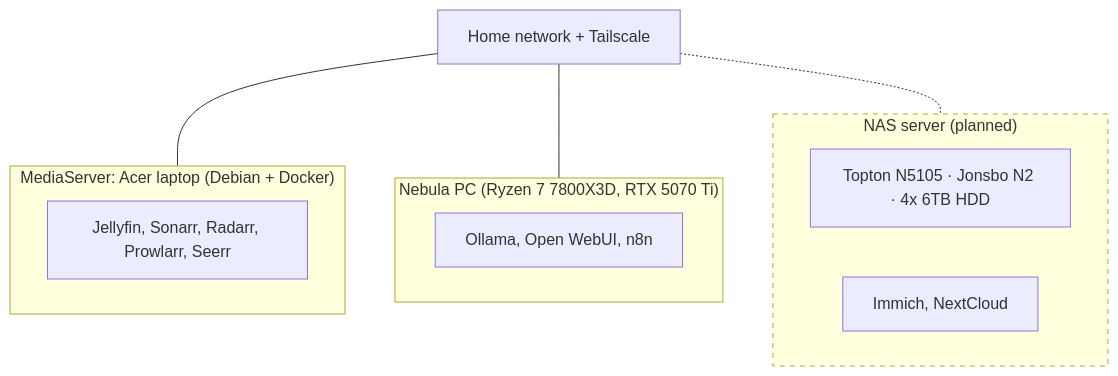
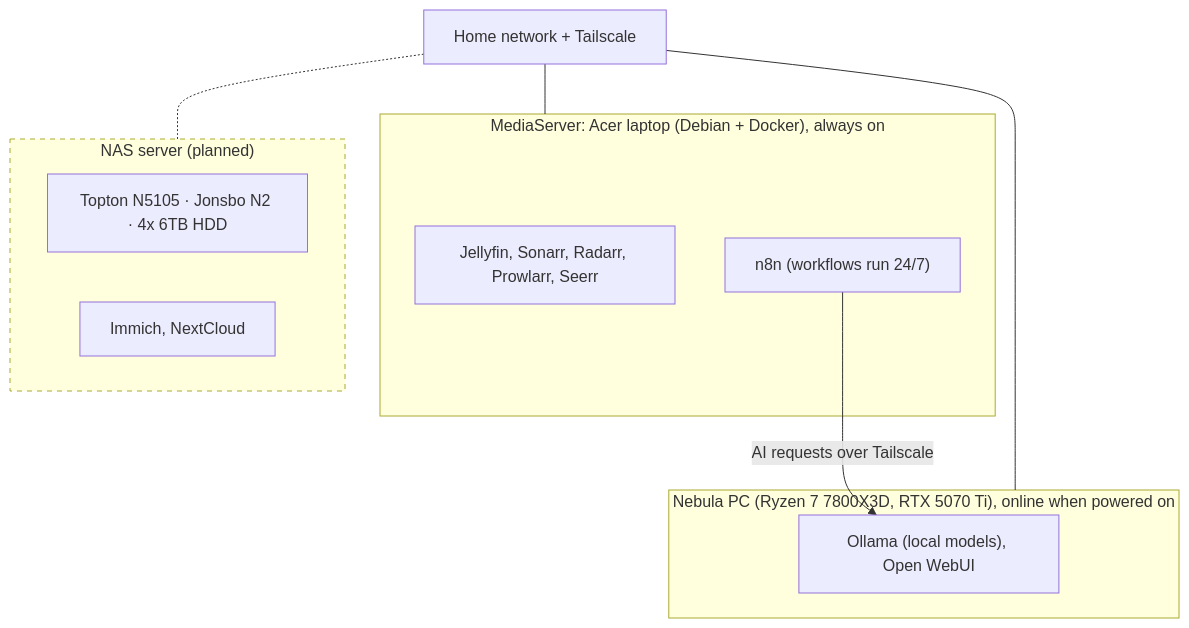
One commit to malvinkhan/HomeLab changed the first of 3 diagrams in README.md. Above: the diagram before and after it, drawn with Mermaid. The commit also changed other lines of this file and 1 other file, not shown here.

````diff
--- a/README.md
+++ b/README.md
@@ -7,18 +7,20 @@
 ```mermaid
 flowchart TB
   NET["Home network + Tailscale"]
-  subgraph MS["MediaServer: Acer laptop (Debian + Docker)"]
+  subgraph MS["MediaServer: Acer laptop (Debian + Docker), always on"]
     M1["Jellyfin, Sonarr, Radarr, Prowlarr, Seerr"]
+    M2["n8n (workflows run 24/7)"]
   end
-  subgraph NB["Nebula PC (Ryzen 7 7800X3D, RTX 5070 Ti)"]
-    N1["Ollama, Open WebUI, n8n"]
+  subgraph NB["Nebula PC (Ryzen 7 7800X3D, RTX 5070 Ti), online when powered on"]
+    N1["Ollama (local models), Open WebUI"]
   end
   subgraph NAS["NAS server (planned)"]
     NA1["Topton N5105 · Jonsbo N2 · 4x 6TB HDD"]
     NA2["Immich, NextCloud"]
   end
   NET --- MS
   NET --- NB
   NET -.- NAS
+  M2 -->|"AI requests over Tailscale"| N1
   style NAS stroke-dasharray: 5 5
 ```
````
